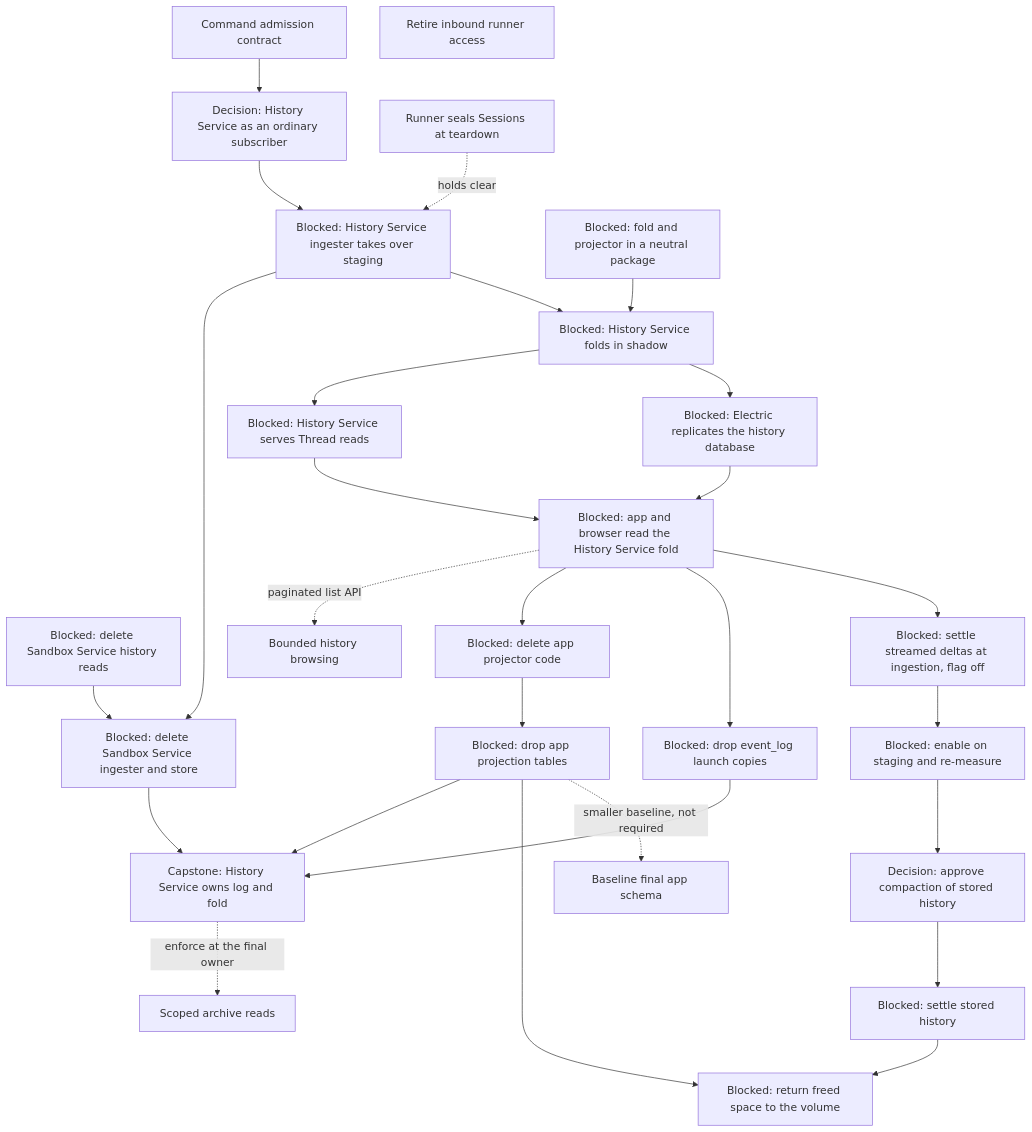
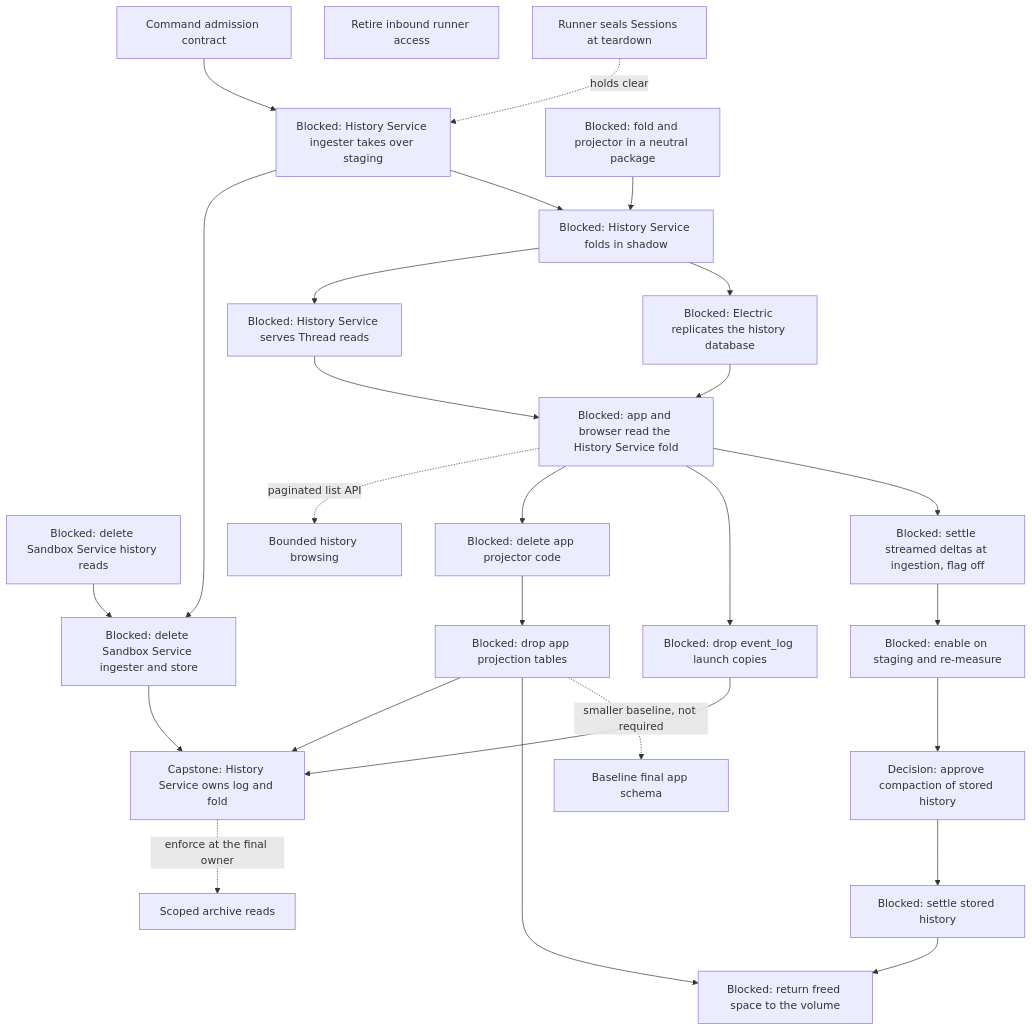
Before and after one commit to agentydragon-agent/ducktape: the eighth of 9 diagrams in agentplane/plans/task_dag.md, drawn with Mermaid. The commit also changed other lines of this file and 6 other files, not shown here.

````diff
--- a/agentplane/plans/task_dag.md
+++ b/agentplane/plans/task_dag.md
@@ -712,52 +698,50 @@
 ```mermaid
 flowchart TD
-    SESSION_FOLLOW_CONTRACT[Decision: History Service as an ordinary subscriber]
     SESSION_COMMAND_CONTRACT[Command admission contract]
     SANDBOX_HISTORY_READS_RETIRE[Blocked: delete Sandbox Service history reads]
     HISTORY_WRITE_HANDOFF[Blocked: History Service ingester takes over staging]
     SANDBOX_LOCAL_HISTORY_RETIRE[Blocked: delete Sandbox Service ingester and store]
     FOLD_LIBRARY_EXTRACT[Blocked: fold and projector in a neutral package]
     FOLD_SHADOW[Blocked: History Service folds in shadow]
     FOLD_READ_API[Blocked: History Service serves Thread reads]
     ELECTRIC_HISTORY_SOURCE[Blocked: Electric replicates the history database]
     FOLD_READ_CUTOVER[Blocked: app and browser read the History Service fold]
     APP_PROJECTOR_RETIRE[Blocked: delete app projector code]
     APP_PROJECTION_RETIRE[Blocked: drop app projection tables]
     APP_EVENT_LOG_COPIES_RETIRE[Blocked: drop event_log launch copies]
     HISTORY_SERVICE_OWNERSHIP[Capstone: History Service owns log and fold]
     SESSION_EVENT_RETENTION[Blocked: settle streamed deltas at ingestion, flag off]
     SESSION_EVENT_RETENTION_ENABLE[Blocked: enable on staging and re-measure]
     SESSION_EVENT_COMPACTION_PLAN[Decision: approve compaction of stored history]
     SESSION_EVENT_COMPACTION[Blocked: settle stored history]
     HISTORY_REPACK[Blocked: return freed space to the volume]
     APP_ALEMBIC_SQUASH[Baseline final app schema]
     THREAD_BROWSE_PAGINATE[Bounded history browsing]
     THREAD_READ_POLICY[Scoped archive reads]
     RUNNER_INBOUND_RETIRE[Retire inbound runner access]
-    SESSION_COMMAND_CONTRACT --> SESSION_FOLLOW_CONTRACT
-    SESSION_FOLLOW_CONTRACT --> HISTORY_WRITE_HANDOFF
+    SESSION_COMMAND_CONTRACT --> HISTORY_WRITE_HANDOFF
     RUNNER_TEARDOWN_SEAL[Runner seals Sessions at teardown] -. holds clear .-> HISTORY_WRITE_HANDOFF
     HISTORY_WRITE_HANDOFF --> SANDBOX_LOCAL_HISTORY_RETIRE
     SANDBOX_HISTORY_READS_RETIRE --> SANDBOX_LOCAL_HISTORY_RETIRE
     FOLD_LIBRARY_EXTRACT --> FOLD_SHADOW
     HISTORY_WRITE_HANDOFF --> FOLD_SHADOW
     FOLD_SHADOW --> FOLD_READ_API
     FOLD_SHADOW --> ELECTRIC_HISTORY_SOURCE
     FOLD_READ_API --> FOLD_READ_CUTOVER
     FOLD_READ_CUTOVER -. paginated list API .-> THREAD_BROWSE_PAGINATE
     ELECTRIC_HISTORY_SOURCE --> FOLD_READ_CUTOVER
     FOLD_READ_CUTOVER --> APP_PROJECTOR_RETIRE
     APP_PROJECTOR_RETIRE --> APP_PROJECTION_RETIRE
     FOLD_READ_CUTOVER --> APP_EVENT_LOG_COPIES_RETIRE
     APP_EVENT_LOG_COPIES_RETIRE --> HISTORY_SERVICE_OWNERSHIP
     APP_PROJECTION_RETIRE --> HISTORY_SERVICE_OWNERSHIP
     SANDBOX_LOCAL_HISTORY_RETIRE --> HISTORY_SERVICE_OWNERSHIP
     FOLD_READ_CUTOVER --> SESSION_EVENT_RETENTION
     SESSION_EVENT_RETENTION --> SESSION_EVENT_RETENTION_ENABLE
     SESSION_EVENT_RETENTION_ENABLE --> SESSION_EVENT_COMPACTION_PLAN
     SESSION_EVENT_COMPACTION_PLAN --> SESSION_EVENT_COMPACTION
     SESSION_EVENT_COMPACTION --> HISTORY_REPACK
     APP_PROJECTION_RETIRE --> HISTORY_REPACK
     APP_PROJECTION_RETIRE -. smaller baseline, not required .-> APP_ALEMBIC_SQUASH
     HISTORY_SERVICE_OWNERSHIP -. enforce at the final owner .-> THREAD_READ_POLICY
 ```
````
